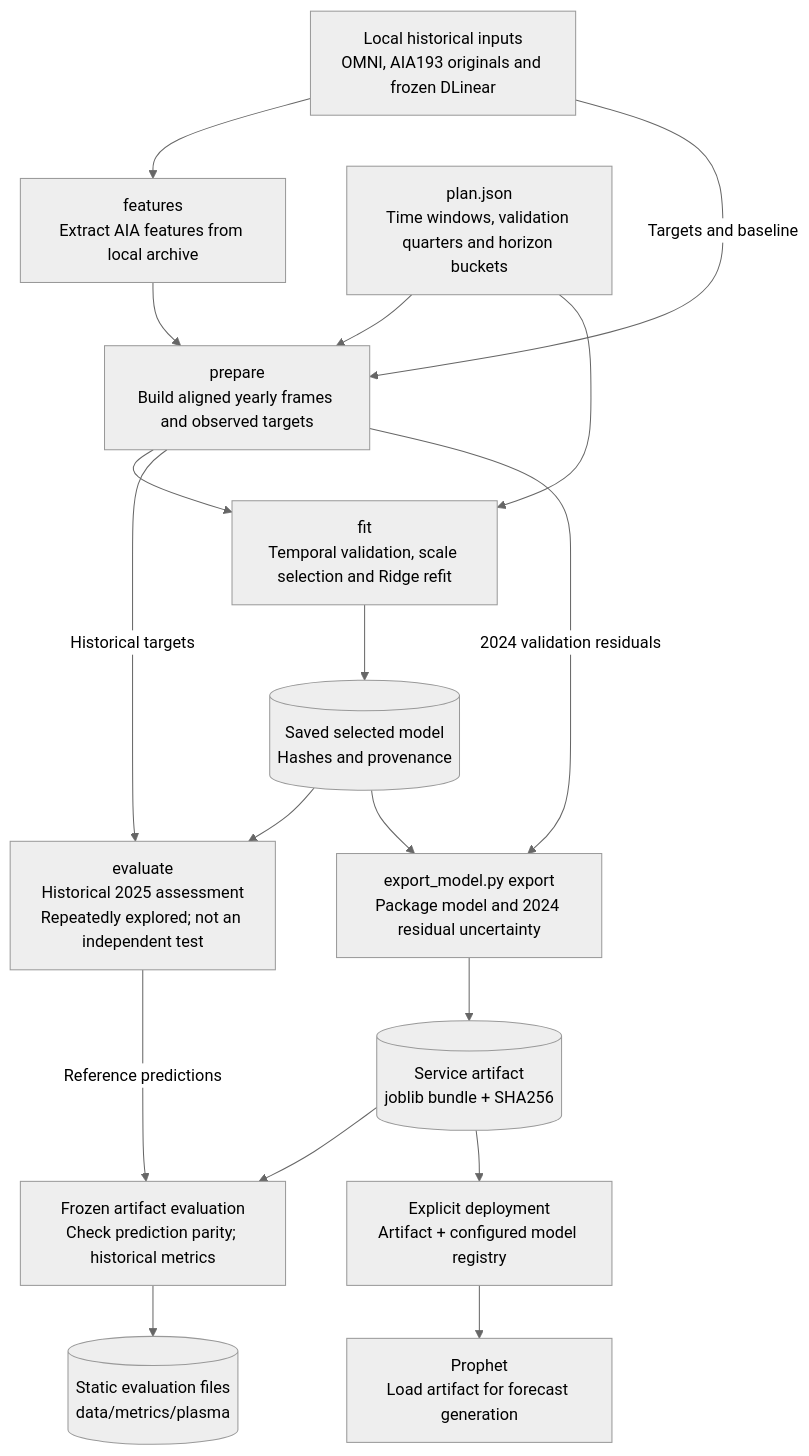
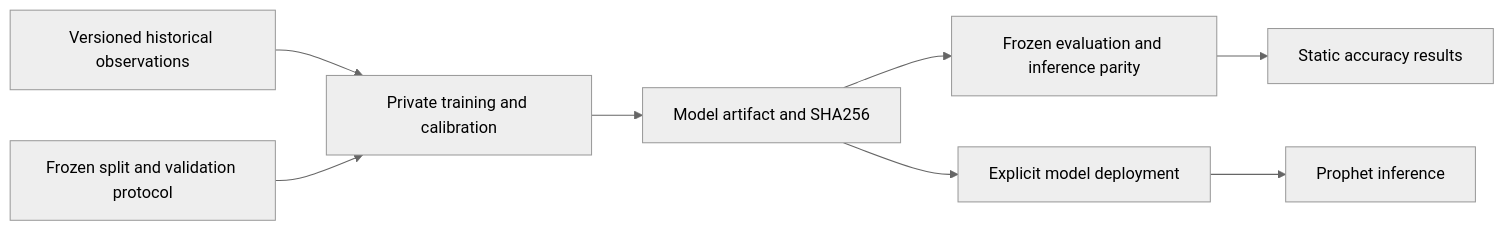
Before and after one commit to a-kryvenko/argus: the diagram in docs/architecture/flows/training.md, drawn with Mermaid (neutral theme). The commit also changed other lines of this file and 80 other files, not shown here.

````diff
--- a/docs/architecture/flows/training.md
+++ b/docs/architecture/flows/training.md
@@ -8,20 +6,10 @@
 ```mermaid
-flowchart TD
-    archive["Local historical inputs<br/>OMNI, AIA193 originals and frozen DLinear"] --> features["features<br/>Extract AIA features from local archive"]
-    features --> prepare["prepare<br/>Build aligned yearly frames and observed targets"]
-    archive -->|Targets and baseline| prepare
-    plan["plan.json<br/>Time windows, validation quarters and horizon buckets"] --> prepare
-    prepare --> fit["fit<br/>Temporal validation, scale selection and Ridge refit"]
-    plan --> fit
-    fit --> selected[("Saved selected model<br/>Hashes and provenance")]
-    selected --> evaluate["evaluate<br/>Historical 2025 assessment<br/>Repeatedly explored; not an independent test"]
-    prepare -->|Historical targets| evaluate
-    selected --> export["export_model.py export<br/>Package model and 2024 residual uncertainty"]
-    prepare -->|2024 validation residuals| export
-    export --> bundle[("Service artifact<br/>joblib bundle + SHA256")]
-    bundle --> audit["Frozen artifact evaluation<br/>Check prediction parity; historical metrics"]
-    evaluate -->|Reference predictions| audit
-    audit --> metrics[("Static evaluation files<br/>data/metrics/plasma")]
-    bundle --> deploy["Explicit deployment<br/>Artifact + configured model registry"]
-    deploy --> prophet["Prophet<br/>Load artifact for forecast generation"]
+flowchart LR
+    observations["Versioned historical observations"] --> research["Private training and calibration"]
+    protocol["Frozen split and validation protocol"] --> research
+    research --> model["Model artifact and SHA256"]
+    model --> evaluation["Frozen evaluation and inference parity"]
+    evaluation --> metrics["Static accuracy results"]
+    model --> deploy["Explicit model deployment"]
+    deploy --> prophet["Prophet inference"]
 ```
````
